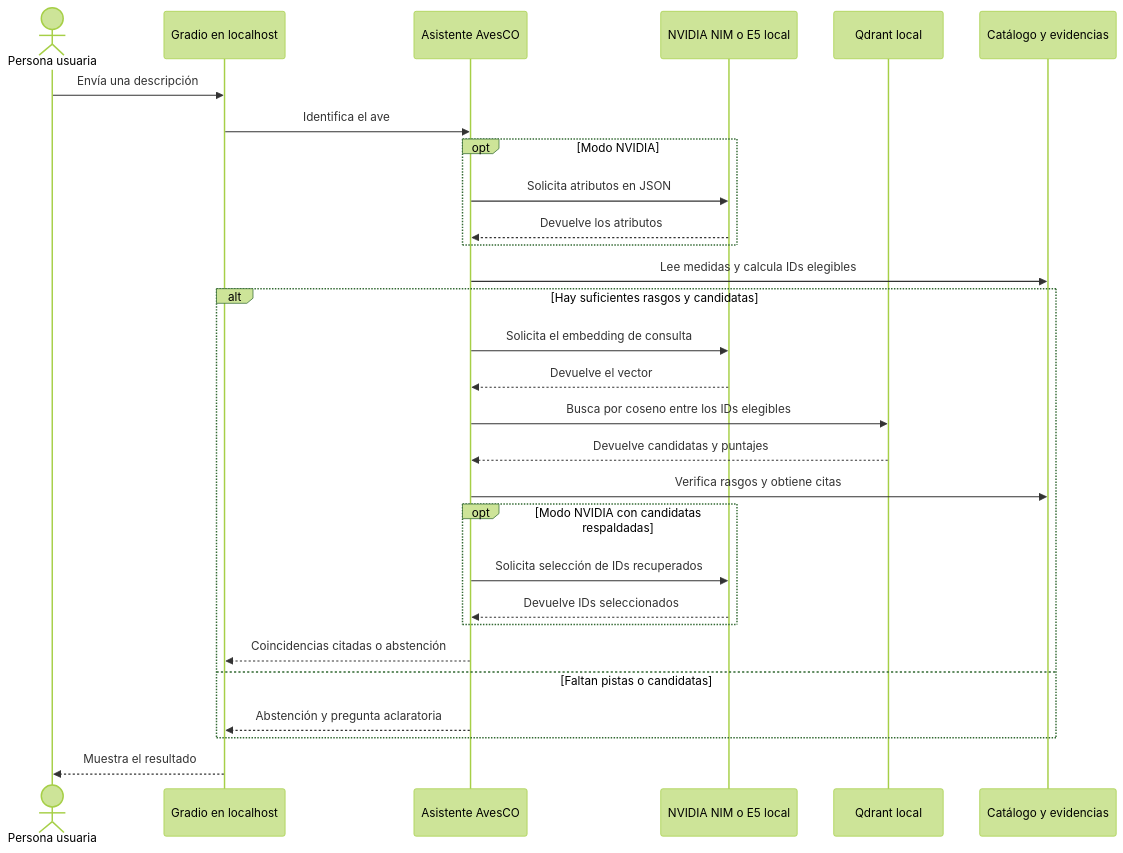
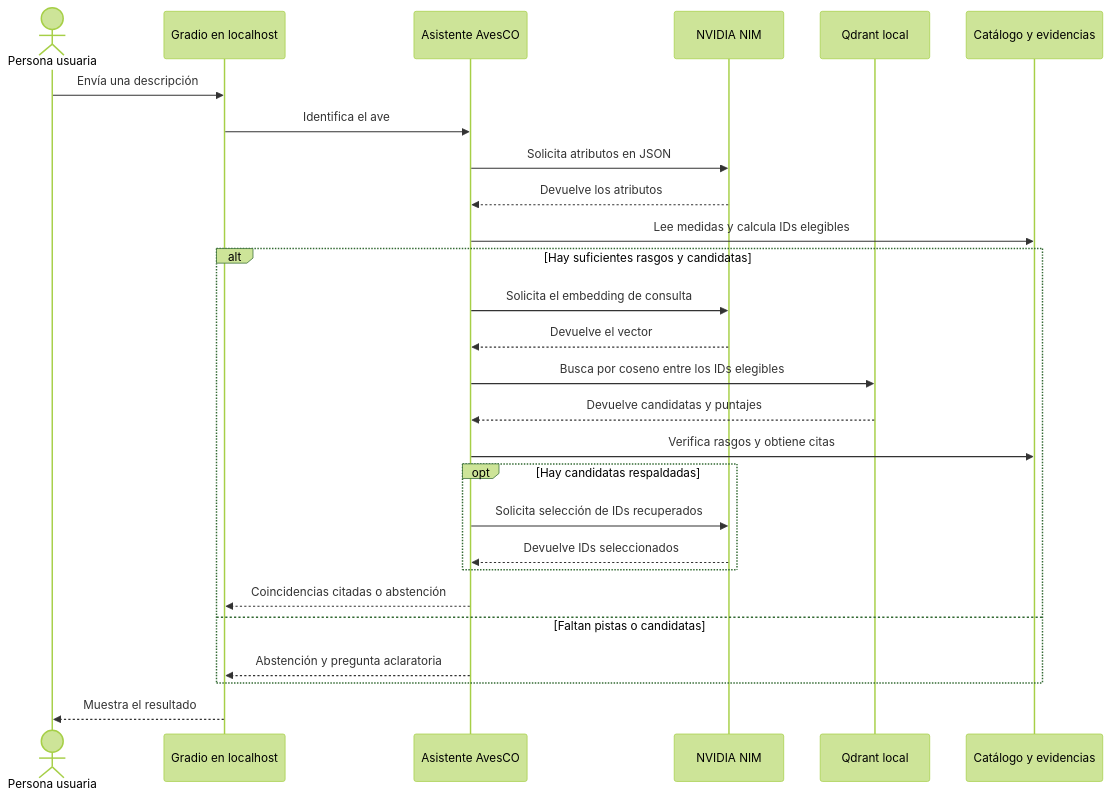
One commit to JulianJ07/RAG_Detector_Ave changed the second of 2 diagrams in README.md. Above: the diagram before and after it, drawn with Mermaid (forest theme). The commit also changed other lines of this file and 9 other files, not shown here.

Commit message:
FUNCIONA SOLO CON MODELO DE NVIDIA

````diff
--- a/README.md
+++ b/README.md
@@ -62,31 +62,29 @@
 ```mermaid
 sequenceDiagram
     actor U as Persona usuaria
     participant W as Gradio en localhost
     participant A as Asistente AvesCO
-    participant M as NVIDIA NIM o E5 local
+    participant M as NVIDIA NIM
     participant Q as Qdrant local
     participant C as Catálogo y evidencias
     U->>W: Envía una descripción
     W->>A: Identifica el ave
-    opt Modo NVIDIA
-        A->>M: Solicita atributos en JSON
-        M-->>A: Devuelve los atributos
-    end
+    A->>M: Solicita atributos en JSON
+    M-->>A: Devuelve los atributos
     A->>C: Lee medidas y calcula IDs elegibles
     alt Hay suficientes rasgos y candidatas
         A->>M: Solicita el embedding de consulta
         M-->>A: Devuelve el vector
         A->>Q: Busca por coseno entre los IDs elegibles
         Q-->>A: Devuelve candidatas y puntajes
         A->>C: Verifica rasgos y obtiene citas
-        opt Modo NVIDIA con candidatas respaldadas
+        opt Hay candidatas respaldadas
             A->>M: Solicita selección de IDs recuperados
             M-->>A: Devuelve IDs seleccionados
         end
         A-->>W: Coincidencias citadas o abstención
     else Faltan pistas o candidatas
         A-->>W: Abstención y pregunta aclaratoria
     end
     W-->>U: Muestra el resultado
 ```
````
